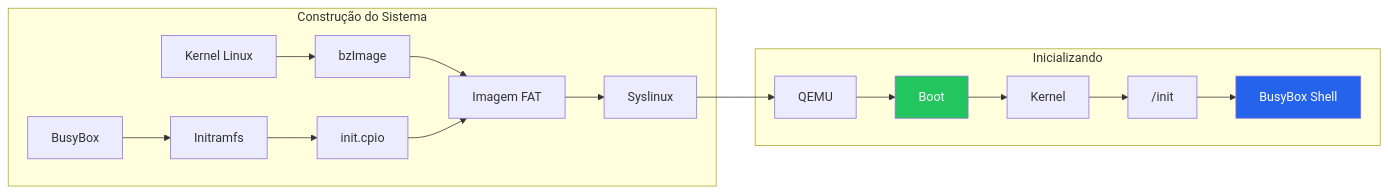
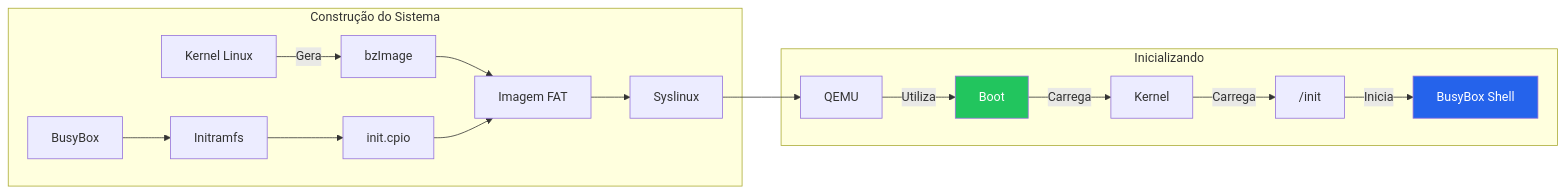
Before and after one commit to FelpzzzEX/LecOS: the diagram in Primeiros_Passos/base-inicial.md, drawn with Mermaid. The commit also changed other lines of this file and 3 other files, not shown here.

````diff
--- a/Primeiros_Passos/base-inicial.md
+++ b/Primeiros_Passos/base-inicial.md
@@ -21,23 +23,23 @@
 ```mermaid
 flowchart LR
     subgraph Build["Construção do Sistema"]
-      A["Kernel Linux"] --> B["bzImage"]
+      A["Kernel Linux"] -->|Gera| B["bzImage"]
       C["BusyBox"] --> D["Initramfs"]
       D --> E["init.cpio"]
       B --> F["Imagem FAT"]
       E --> F
       F --> G["Syslinux"]
     end
 
     subgraph Boot["Inicializando"]
-      H["QEMU"] --> I["Boot"]
-      I --> J["Kernel"]
-      J --> K["/init"]
-      K --> L["BusyBox Shell"]
+      H["QEMU"] -->|Utiliza| I["Boot"]
+      I -->|Carrega| J["Kernel"]
+      J -->|Carrega| K["/init"]
+      K -->|Inicia| L["BusyBox Shell"]
     end
 
     G --> H
     
     style I fill:#22c55e,color:#fff
     style L fill:#2563eb,color:#fff
 ```
````
